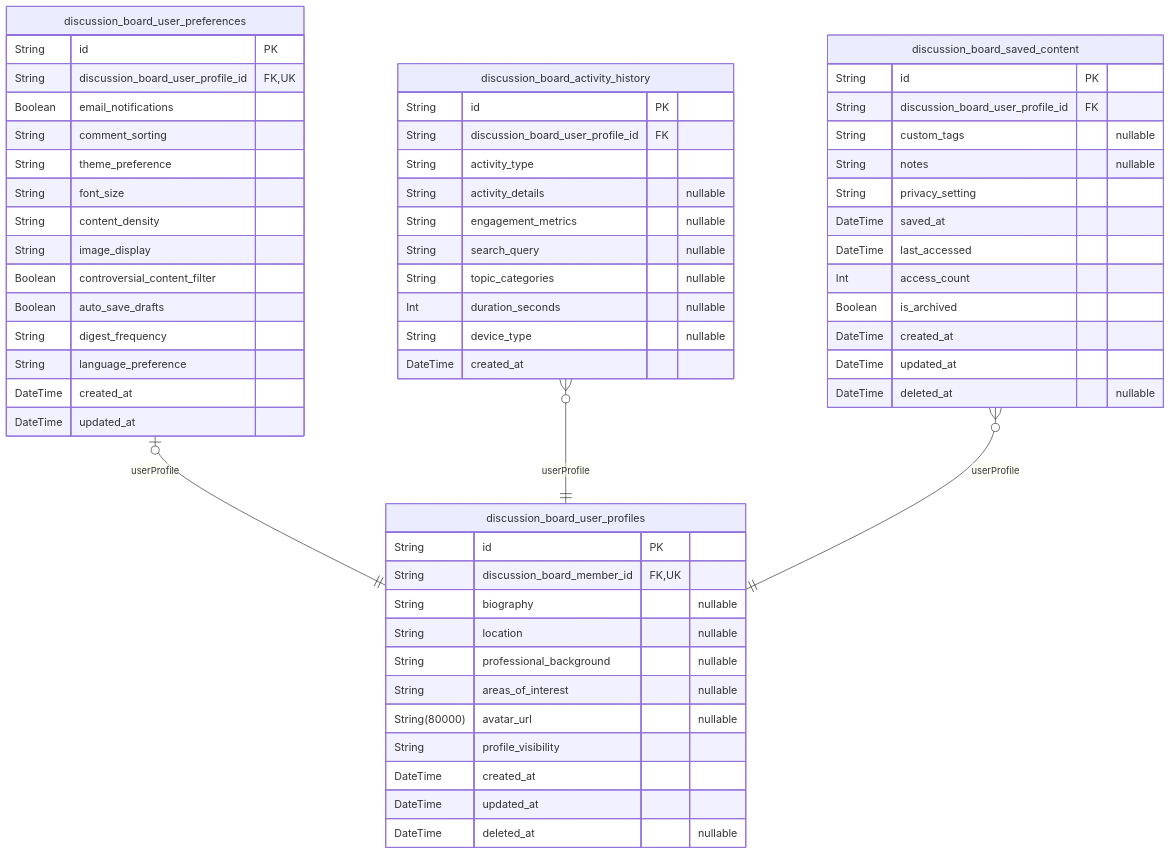
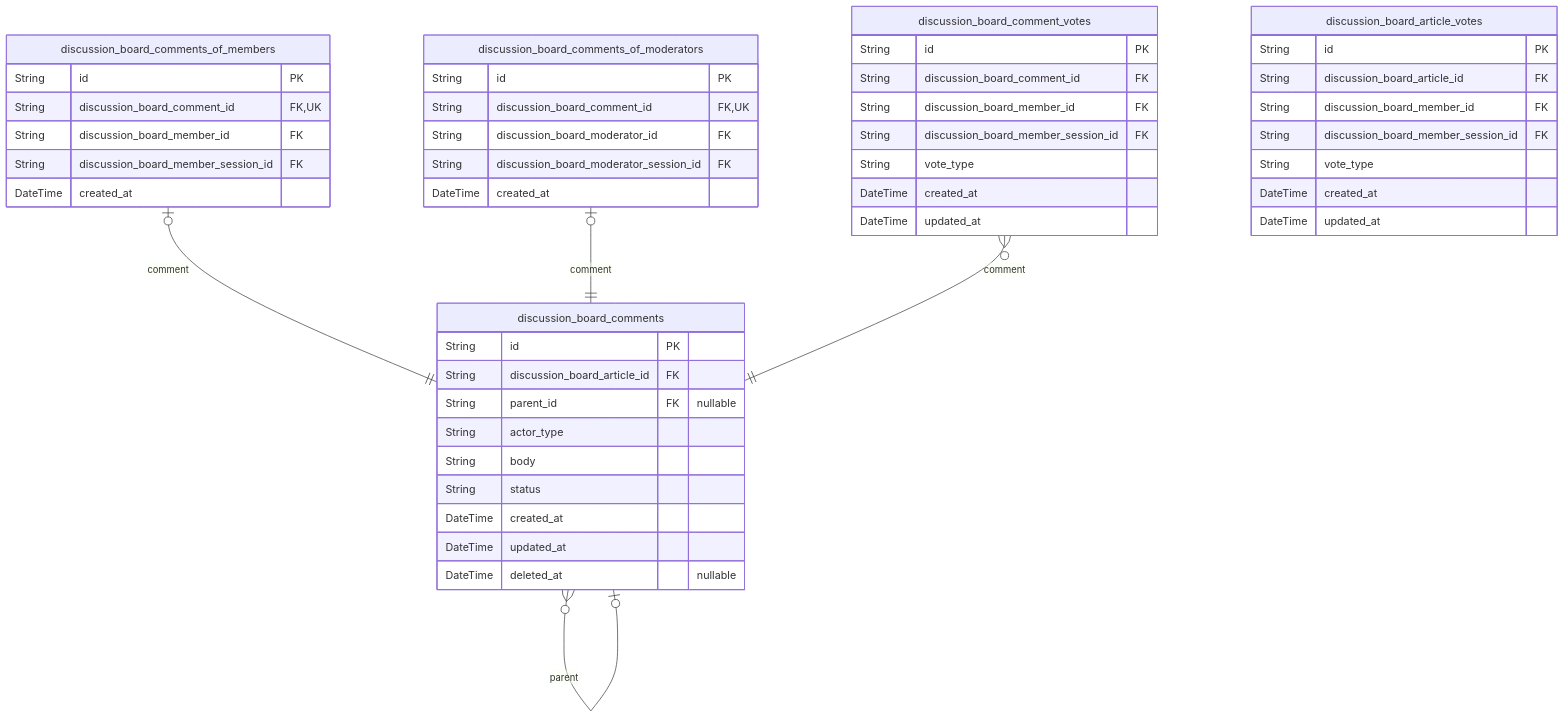
The fifth of 6 diagrams in deepseek/deepseek-v3.1-terminus-exacto/bbs/docs/ERD.md (wrtnlabs/autobe-examples), drawn with Mermaid before and after one commit. The commit also changed other lines of this file and 22498 other files, not shown here.

````diff
--- a/deepseek/deepseek-v3.1-terminus-exacto/bbs/docs/ERD.md
+++ b/deepseek/deepseek-v3.1-terminus-exacto/bbs/docs/ERD.md
@@ -674,61 +779,50 @@
 ```mermaid
 erDiagram
-"discussion_board_user_profiles" {
+"discussion_board_comments" {
   String id PK
-  String discussion_board_member_id FK,UK
-  String biography "nullable"
-  String location "nullable"
-  String professional_background "nullable"
-  String areas_of_interest "nullable"
-  String(80000) avatar_url "nullable"
-  String profile_visibility
+  String discussion_board_article_id FK
+  String parent_id FK "nullable"
+  String actor_type
+  String body
+  String status
   DateTime created_at
   DateTime updated_at
   DateTime deleted_at "nullable"
 }
-"discussion_board_user_preferences" {
+"discussion_board_comments_of_members" {
   String id PK
-  String discussion_board_user_profile_id FK,UK
-  Boolean email_notifications
-  String comment_sorting
-  String theme_preference
-  String font_size
-  String content_density
-  String image_display
-  Boolean controversial_content_filter
-  Boolean auto_save_drafts
-  String digest_frequency
-  String language_preference
+  String discussion_board_comment_id FK,UK
+  String discussion_board_member_id FK
+  String discussion_board_member_session_id FK
+  DateTime created_at
+}
+"discussion_board_comments_of_moderators" {
+  String id PK
+  String discussion_board_comment_id FK,UK
+  String discussion_board_moderator_id FK
+  String discussion_board_moderator_session_id FK
+  DateTime created_at
+}
+"discussion_board_comment_votes" {
+  String id PK
+  String discussion_board_comment_id FK
+  String discussion_board_member_id FK
+  String discussion_board_member_session_id FK
+  String vote_type
   DateTime created_at
   DateTime updated_at
 }
-"discussion_board_activity_history" {
+"discussion_board_article_votes" {
   String id PK
-  String discussion_board_user_profile_id FK
-  String activity_type
-  String activity_details "nullable"
-  String engagement_metrics "nullable"
-  String search_query "nullable"
-  String topic_categories "nullable"
-  Int duration_seconds "nullable"
-  String device_type "nullable"
-  DateTime created_at
-}
-"discussion_board_saved_content" {
-  String id PK
-  String discussion_board_user_profile_id FK
-  String custom_tags "nullable"
-  String notes "nullable"
-  String privacy_setting
-  DateTime saved_at
-  DateTime last_accessed
-  Int access_count
-  Boolean is_archived
+  String discussion_board_article_id FK
+  String discussion_board_member_id FK
+  String discussion_board_member_session_id FK
+  String vote_type
   DateTime created_at
   DateTime updated_at
-  DateTime deleted_at "nullable"
 }
-"discussion_board_user_preferences" |o--|| "discussion_board_user_profiles" : userProfile
-"discussion_board_activity_history" }o--|| "discussion_board_user_profiles" : userProfile
-"discussion_board_saved_content" }o--|| "discussion_board_user_profiles" : userProfile
+"discussion_board_comments" }o--o| "discussion_board_comments" : parent
+"discussion_board_comments_of_members" |o--|| "discussion_board_comments" : comment
+"discussion_board_comments_of_moderators" |o--|| "discussion_board_comments" : comment
+"discussion_board_comment_votes" }o--|| "discussion_board_comments" : comment
 ```
````
